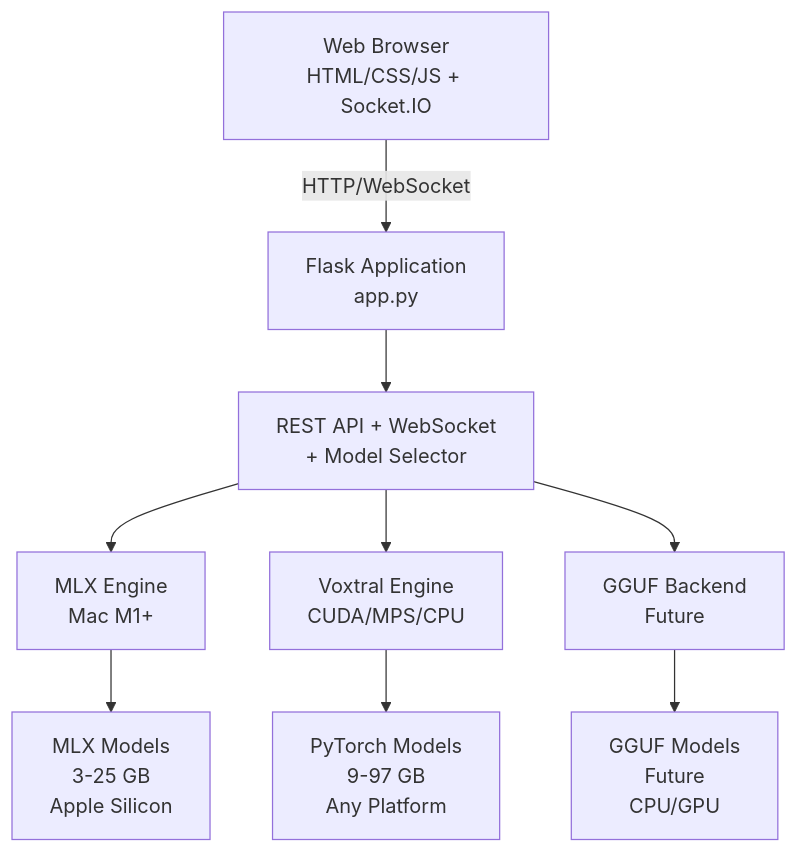
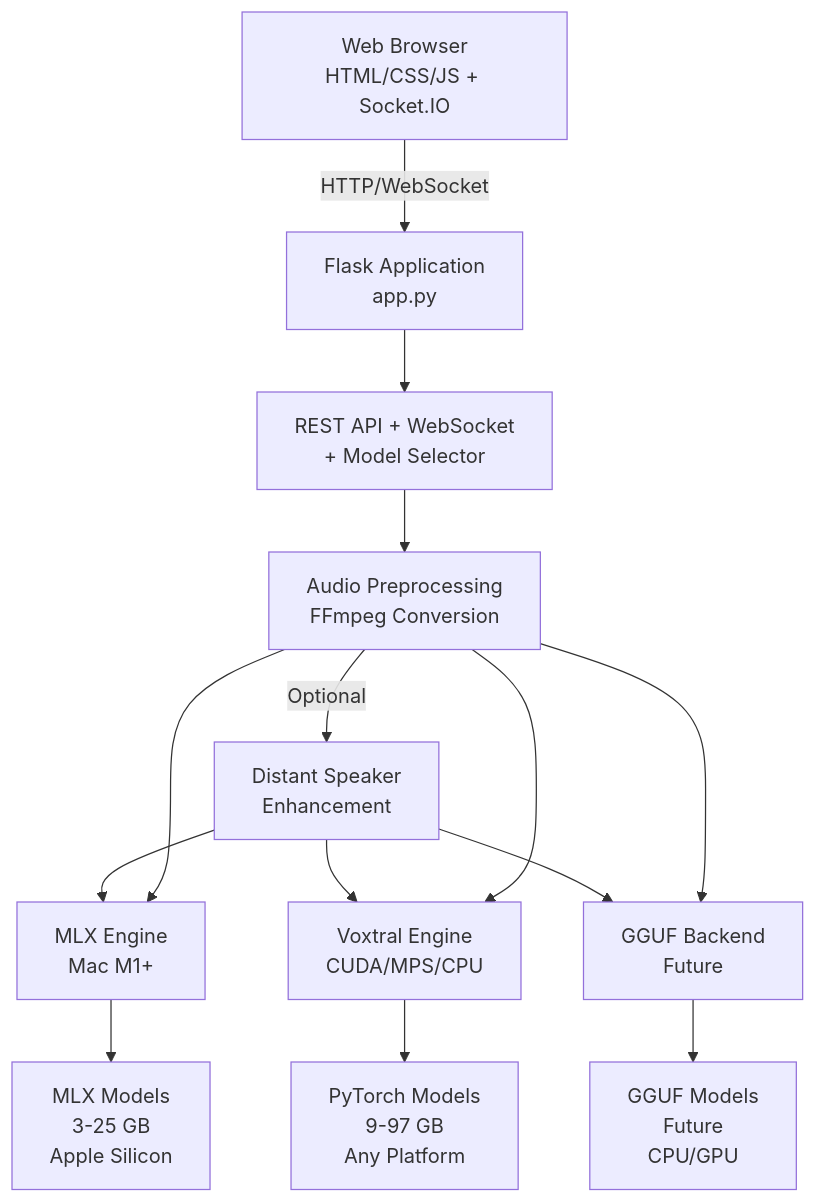
The diagram in README.md (debrockb/transcribe-voxtral), drawn with Mermaid before and after one commit.

Commit message:
docs: update architecture diagram with audio preprocessing pipeline

````diff
--- a/README.md
+++ b/README.md
@@ -36,11 +36,16 @@
 ```mermaid
 flowchart TD
     A[Web Browser<br/>HTML/CSS/JS + Socket.IO] -->|HTTP/WebSocket| B[Flask Application<br/>app.py]
     B --> C[REST API + WebSocket<br/>+ Model Selector]
-    C --> D[MLX Engine<br/>Mac M1+]
-    C --> E[Voxtral Engine<br/>CUDA/MPS/CPU]
-    C --> F[GGUF Backend<br/>Future]
+    C --> P[Audio Preprocessing<br/>FFmpeg Conversion]
+    P -->|Optional| E1[Distant Speaker<br/>Enhancement]
+    E1 --> D
+    E1 --> E
+    E1 --> F
+    P --> D[MLX Engine<br/>Mac M1+]
+    P --> E[Voxtral Engine<br/>CUDA/MPS/CPU]
+    P --> F[GGUF Backend<br/>Future]
     D --> G[MLX Models<br/>3-25 GB<br/>Apple Silicon]
     E --> H[PyTorch Models<br/>9-97 GB<br/>Any Platform]
     F --> I[GGUF Models<br/>Future<br/>CPU/GPU]
 ```
````
